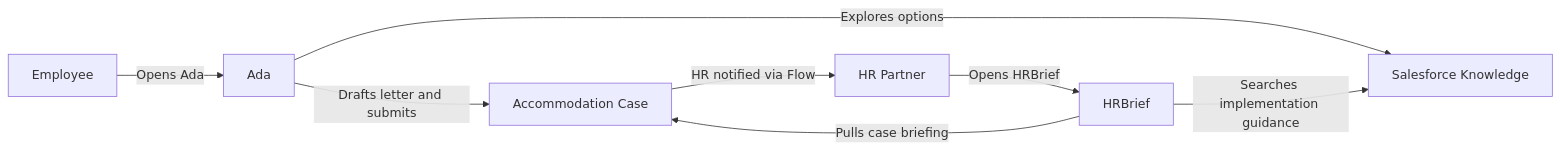
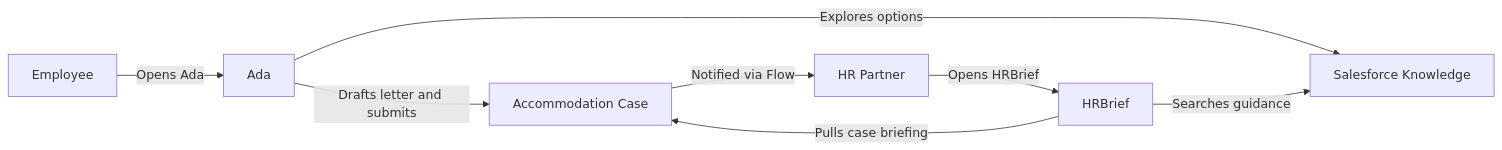
The first of 2 diagrams in README.md (robinparfan-hub/df26-agentforce-advocate), drawn with Mermaid before and after one commit. The commit also changed other lines of this file, not shown here.

Commit message:
Simplify Mermaid diagrams for broader GitHub compatibility

````diff
--- a/README.md
+++ b/README.md
@@ -19,10 +19,10 @@
 ```mermaid
-flowchart LR
-    E[Employee] -->|Opens Ada| A[Ada]
-    A -->|Explores options| K[Salesforce Knowledge]
-    A -->|Drafts letter and submits| C[Accommodation Case]
-    C -->|HR notified via Flow| HR[HR Partner]
-    HR -->|Opens HRBrief| H[HRBrief]
-    H -->|Pulls case briefing| C
-    H -->|Searches implementation guidance| K
+graph LR
+    E["Employee"] -->|"Opens Ada"| A["Ada"]
+    A -->|"Explores options"| K["Salesforce Knowledge"]
+    A -->|"Drafts letter and submits"| C["Accommodation Case"]
+    C -->|"Notified via Flow"| HRP["HR Partner"]
+    HRP -->|"Opens HRBrief"| HRB["HRBrief"]
+    HRB -->|"Pulls case briefing"| C
+    HRB -->|"Searches guidance"| K
 ```
````
